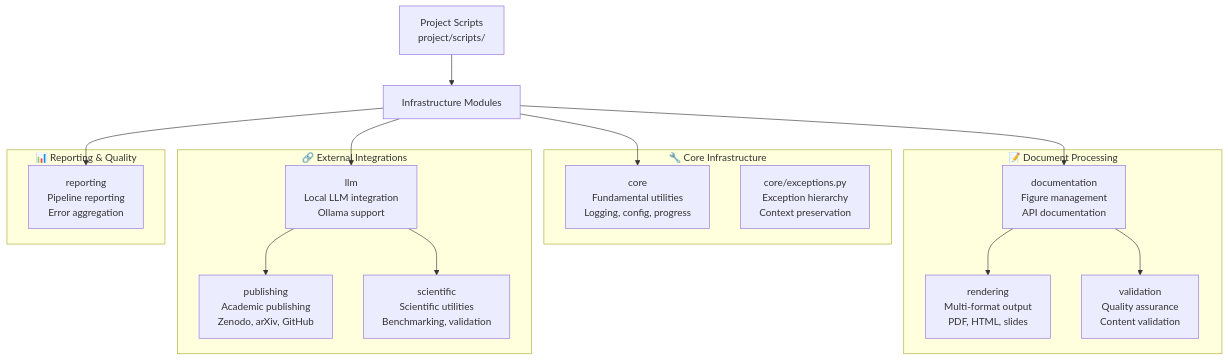
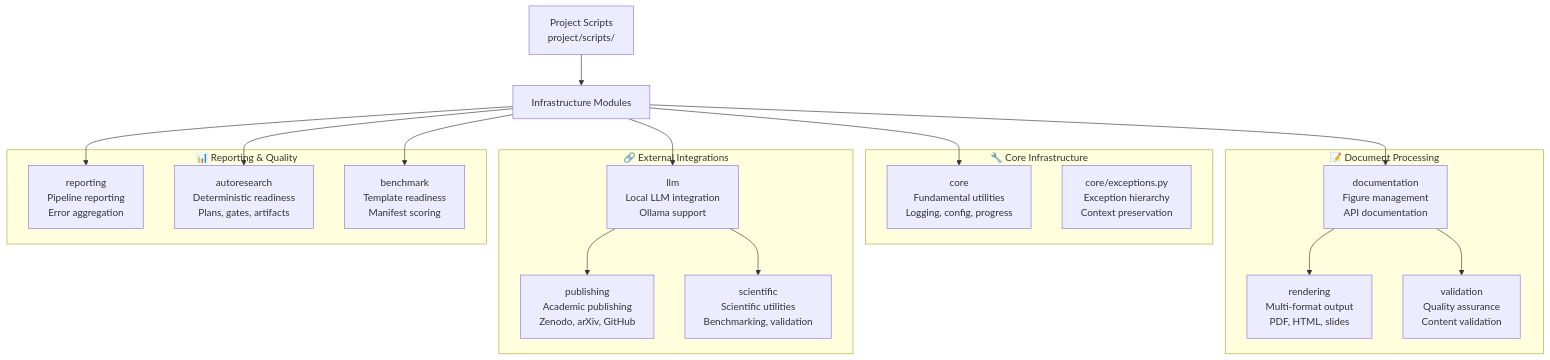
One commit to docxology/template changed the first of 6 diagrams in infrastructure/README.md. Above: the diagram before and after it, drawn with Mermaid. The commit also changed other lines of this file and 317 other files, not shown here.

````diff
--- a/infrastructure/README.md
+++ b/infrastructure/README.md
@@ -40,43 +42,47 @@
 ```mermaid
 graph TD
     subgraph "🔧 Core Infrastructure"
         CORE[core<br/>Fundamental utilities<br/>Logging, config, progress]
         EXCEPTIONS[core/exceptions.py<br/>Exception hierarchy<br/>Context preservation]
     end
 
     subgraph "📝 Document Processing"
         DOC[documentation<br/>Figure management<br/>API documentation]
         RENDER[rendering<br/>Multi-format output<br/>PDF, HTML, slides]
         VALIDATION[validation<br/>Quality assurance<br/>Content validation]
     end
 
     subgraph "🔗 External Integrations"
         LLM[llm<br/>Local LLM integration<br/>Ollama support]
         PUBLISHING[publishing<br/>Academic publishing<br/>Zenodo, arXiv, GitHub]
         SCIENTIFIC[scientific<br/>Scientific utilities<br/>Benchmarking, validation]
     end
 
     subgraph "📊 Reporting & Quality"
         REPORTING[reporting<br/>Pipeline reporting<br/>Error aggregation]
+        AUTORESEARCH[autoresearch<br/>Deterministic readiness<br/>Plans, gates, artifacts]
+        BENCHMARK[benchmark<br/>Template readiness<br/>Manifest scoring]
     end
 
     PROJECT_SCRIPTS[Project Scripts<br/>project/scripts/]
     INFRASTRUCTURE[Infrastructure Modules]
 
     PROJECT_SCRIPTS --> INFRASTRUCTURE
     INFRASTRUCTURE --> CORE
     INFRASTRUCTURE --> DOC
     INFRASTRUCTURE --> LLM
     INFRASTRUCTURE --> REPORTING
+    INFRASTRUCTURE --> AUTORESEARCH
+    INFRASTRUCTURE --> BENCHMARK
 
     DOC --> RENDER
     DOC --> VALIDATION
 
     LLM --> PUBLISHING
     LLM --> SCIENTIFIC
 
     class CORE,EXCEPTIONS core
     class DOC,RENDER,VALIDATION doc
     class LLM,PUBLISHING,SCIENTIFIC integration
-    class REPORTING build
+    class REPORTING,AUTORESEARCH,BENCHMARK build
 ```
````
